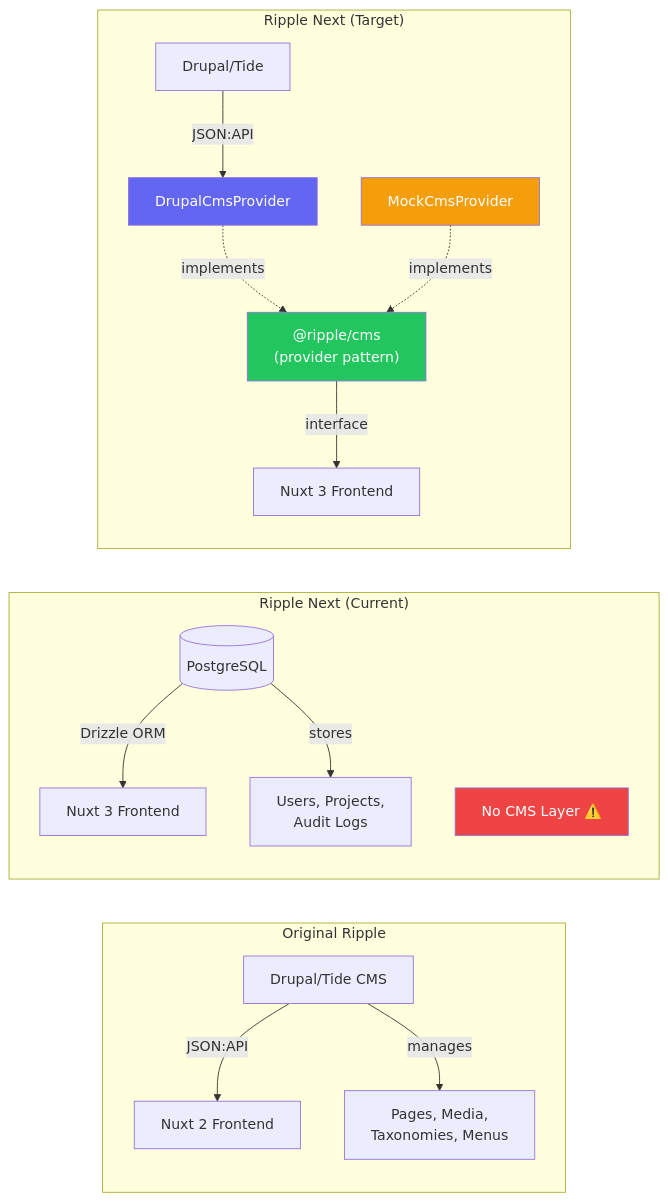
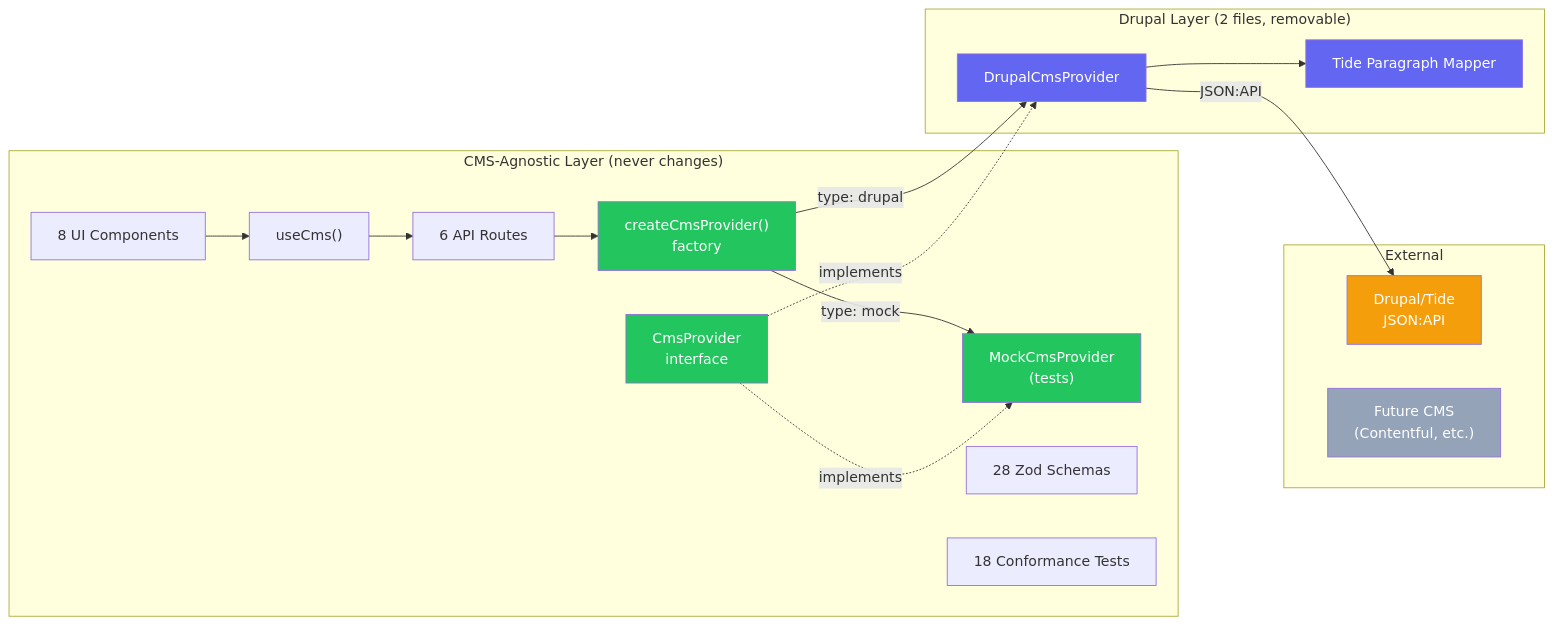
The fifth of 10 diagrams in docs/product-roadmap/README.md (jbejenar/ripple-next), drawn with Mermaid before and after one commit. The commit also changed other lines of this file and 19 other files, not shown here.

````diff
--- a/docs/product-roadmap/README.md
+++ b/docs/product-roadmap/README.md
@@ -252,25 +259,41 @@
 ```mermaid
 graph LR
-    subgraph "Original Ripple"
-        DRUPAL["Drupal/Tide CMS"] -->|JSON:API| NUXT_OLD["Nuxt 2 Frontend"]
-        DRUPAL -->|manages| CONTENT["Pages, Media,<br/>Taxonomies, Menus"]
+    subgraph "CMS-Agnostic Layer (never changes)"
+        INTERFACE["CmsProvider<br/>interface"]
+        FACTORY["createCmsProvider()<br/>factory"]
+        MOCK["MockCmsProvider<br/>(tests)"]
+        UI_COMP["8 UI Components"]
+        API_ROUTES["6 API Routes"]
+        COMPOSABLE["useCms()"]
+        SCHEMAS["28 Zod Schemas"]
+        CONFORM["18 Conformance Tests"]
     end
 
-    subgraph "Ripple Next (Current)"
-        PG[(PostgreSQL)] -->|Drizzle ORM| NUXT_NEW["Nuxt 3 Frontend"]
-        PG -->|stores| DATA["Users, Projects,<br/>Audit Logs"]
-        MISSING["No CMS Layer ⚠️"]
+    subgraph "Drupal Layer (2 files, removable)"
+        DRUPAL_PROV["DrupalCmsProvider"]
+        TIDE_MAP["Tide Paragraph Mapper"]
     end
 
-    subgraph "Ripple Next (Target)"
-        CMS_PROVIDER["@ripple/cms<br/>(provider pattern)"] -->|interface| NUXT_TARGET["Nuxt 3 Frontend"]
-        DRUPAL_PROV["DrupalCmsProvider"] -.->|implements| CMS_PROVIDER
-        MOCK_PROV["MockCmsProvider"] -.->|implements| CMS_PROVIDER
-        DRUPAL_BACK["Drupal/Tide"] -->|JSON:API| DRUPAL_PROV
+    subgraph "External"
+        DRUPAL["Drupal/Tide<br/>JSON:API"]
+        ALT_CMS["Future CMS<br/>(Contentful, etc.)"]
     end
 
-    style MISSING fill:#ef4444,color:#fff
-    style CMS_PROVIDER fill:#22c55e,color:#fff
+    FACTORY -->|type: mock| MOCK
+    FACTORY -->|type: drupal| DRUPAL_PROV
+    DRUPAL_PROV --> TIDE_MAP
+    DRUPAL_PROV -->|JSON:API| DRUPAL
+    INTERFACE -.->|implements| MOCK
+    INTERFACE -.->|implements| DRUPAL_PROV
+    API_ROUTES --> FACTORY
+    COMPOSABLE --> API_ROUTES
+    UI_COMP --> COMPOSABLE
+
     style DRUPAL_PROV fill:#6366f1,color:#fff
-    style MOCK_PROV fill:#f59e0b,color:#fff
+    style TIDE_MAP fill:#6366f1,color:#fff
+    style MOCK fill:#22c55e,color:#fff
+    style INTERFACE fill:#22c55e,color:#fff
+    style FACTORY fill:#22c55e,color:#fff
+    style DRUPAL fill:#f59e0b,color:#fff
+    style ALT_CMS fill:#94a3b8,color:#fff
 ```
````
